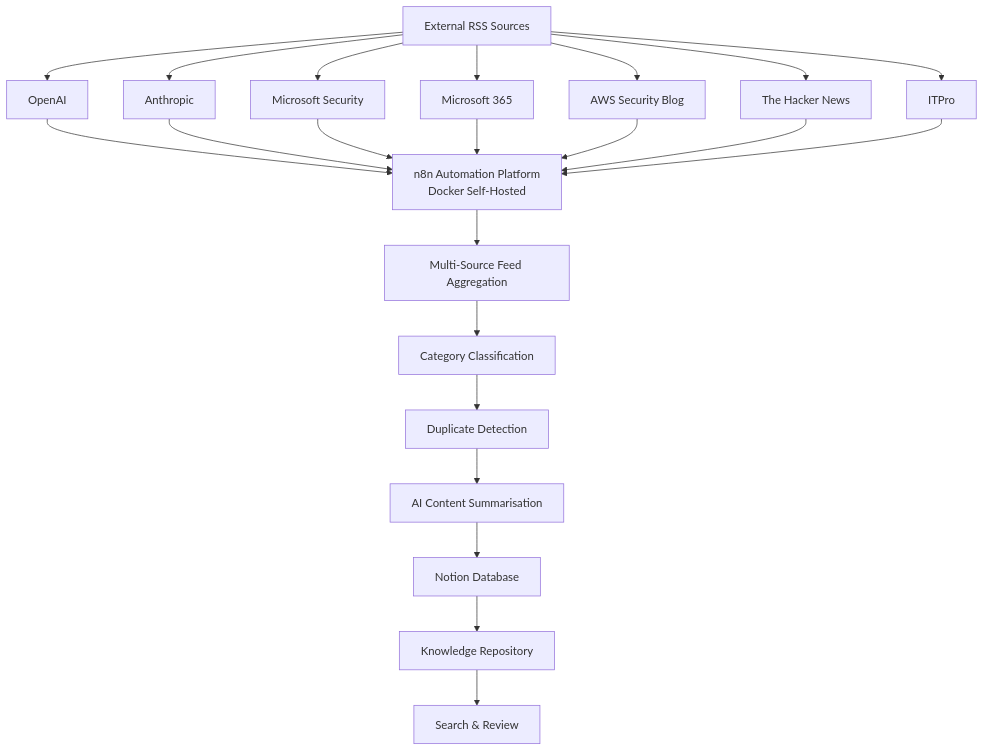
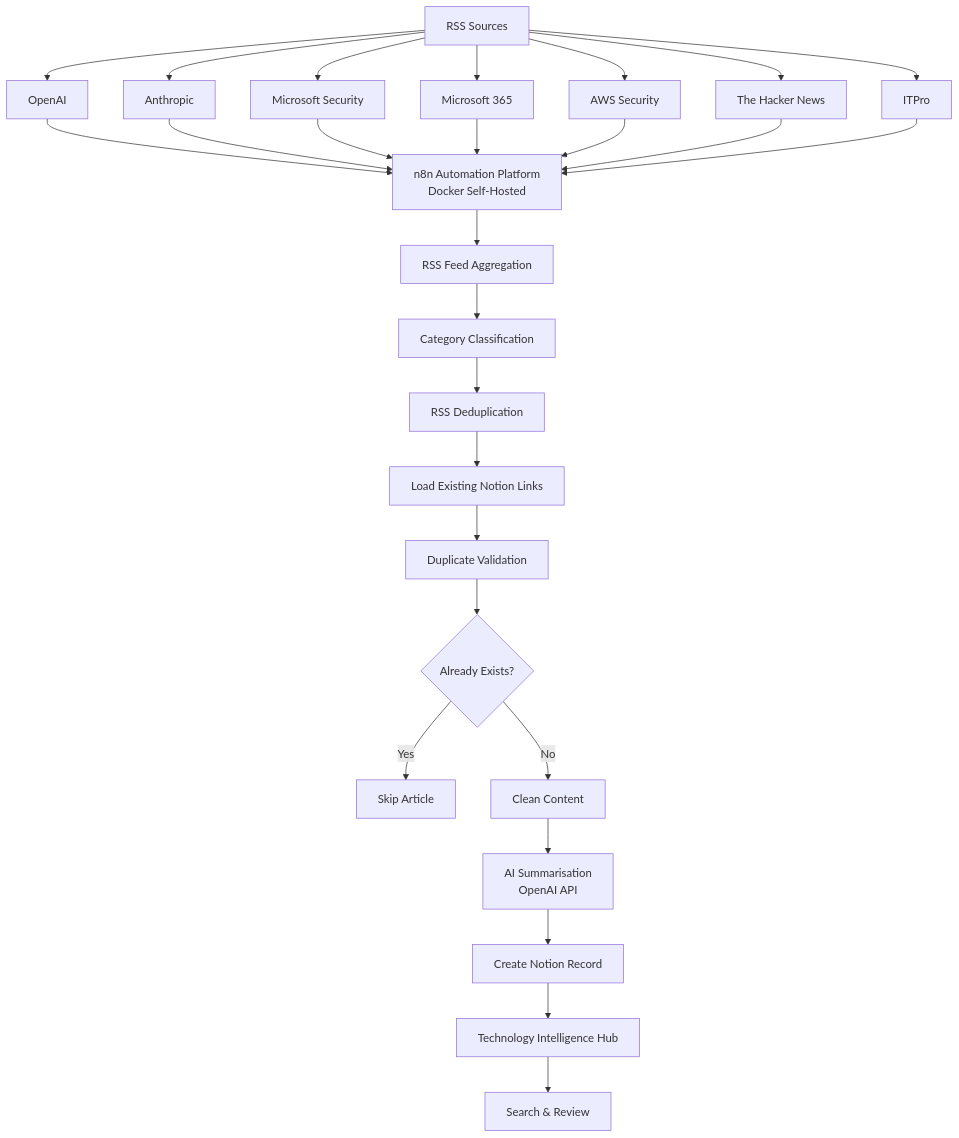
One commit to Tiancheng-yu/AI-Powered-Technology-Intelligence-Hub changed the diagram in architecture.md. Above: the diagram before and after it, drawn with Mermaid.

````diff
--- a/architecture.md
+++ b/architecture.md
@@ -3,37 +3,48 @@
 ```mermaid
 flowchart TD
 
-A[External RSS Sources]
+A[RSS Sources]
 
 A --> A1[OpenAI]
 A --> A2[Anthropic]
 A --> A3[Microsoft Security]
 A --> A4[Microsoft 365]
-A --> A5[AWS Security Blog]
+A --> A5[AWS Security]
 A --> A6[The Hacker News]
 A --> A7[ITPro]
 
 A1 --> B
 A2 --> B
 A3 --> B
 A4 --> B
 A5 --> B
 A6 --> B
 A7 --> B
 
 B[n8n Automation Platform<br/>Docker Self-Hosted]
 
-B --> C[Multi-Source Feed Aggregation]
+B --> C[RSS Feed Aggregation]
 
 C --> D[Category Classification]
 
-D --> E[Duplicate Detection]
+D --> E[RSS Deduplication]
 
-E --> F[AI Content Summarisation]
+E --> F[Load Existing Notion Links]
 
-F --> G[Notion Database]
+F --> G[Duplicate Validation]
 
-G --> H[Knowledge Repository]
+G --> H{Already Exists?}
 
-H --> I[Search & Review]
+H -->|Yes| I[Skip Article]
+
+H -->|No| J[Clean Content]
+
+J --> K[AI Summarisation<br/>OpenAI API]
+
+K --> L[Create Notion Record]
+
+L --> M[Technology Intelligence Hub]
+
+M --> N[Search & Review]
+     
 ```
````
